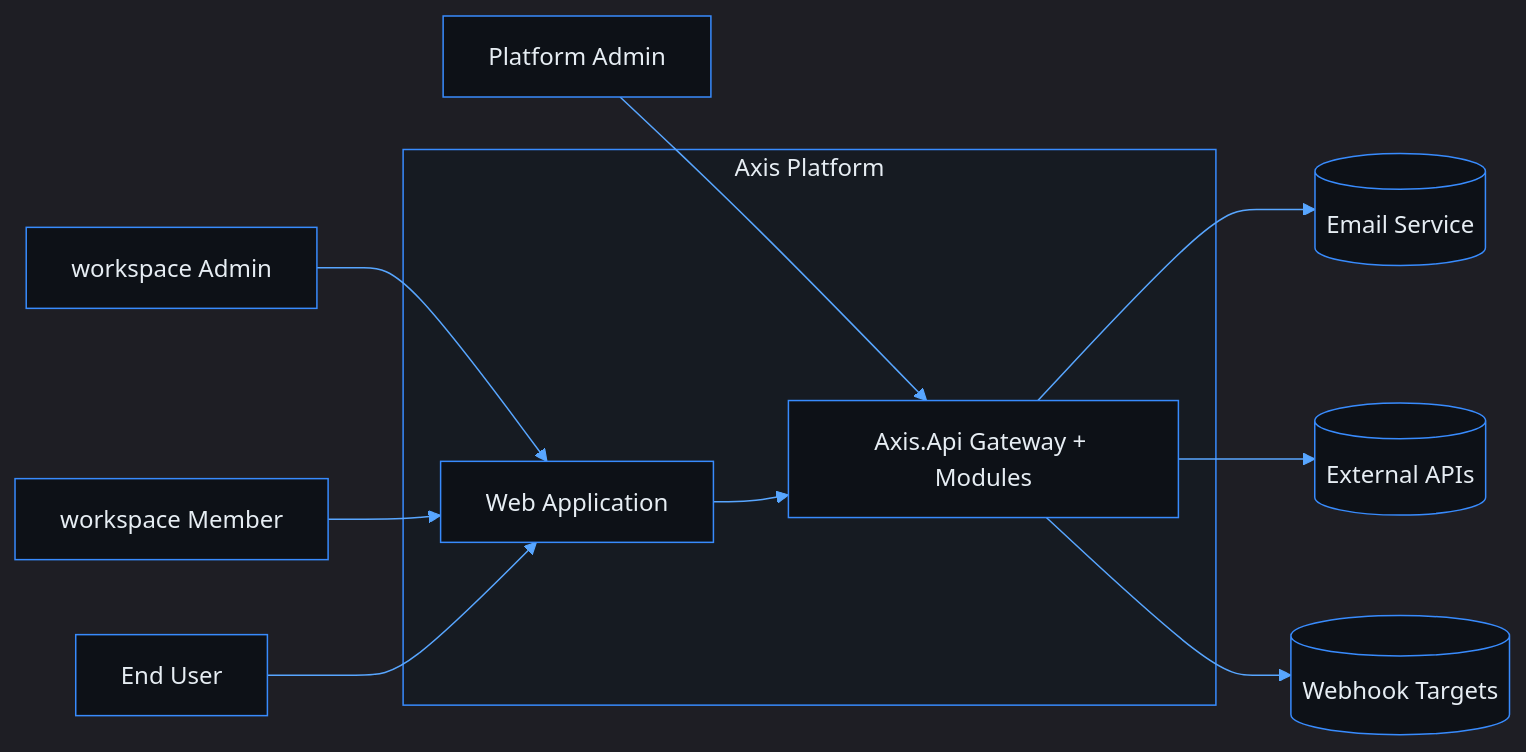
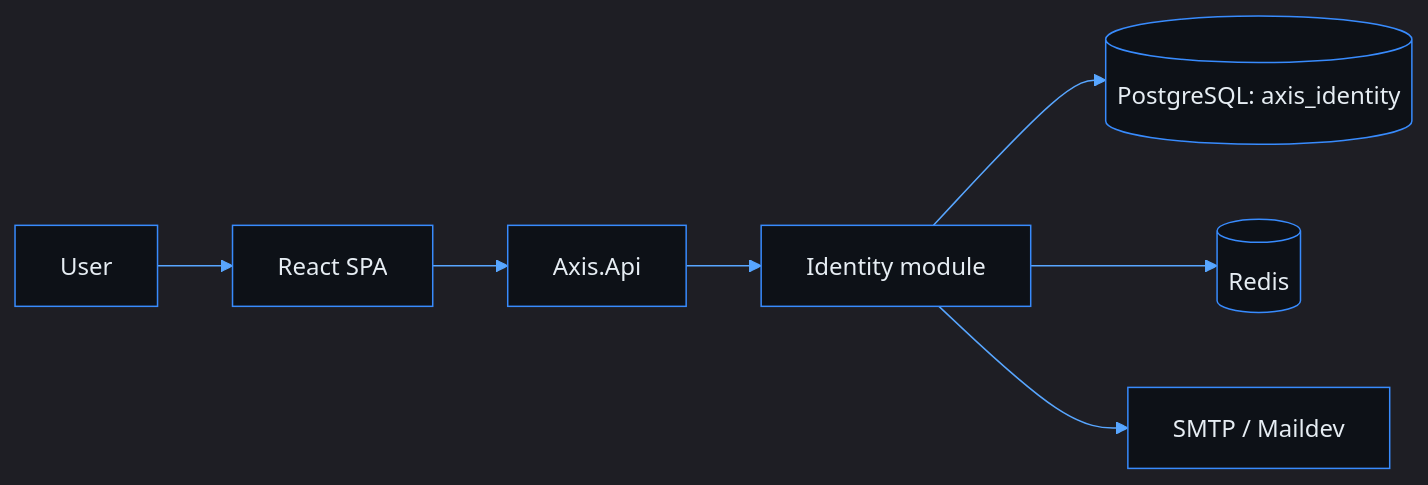
The diagram in docs/README.md (phuongnse/axis), drawn with Mermaid before and after one commit. The commit also changed other lines of this file and 1256 other files, not shown here.

````diff
--- a/docs/README.md
+++ b/docs/README.md
@@ -83,26 +41,18 @@
 ```mermaid
 %%{init: {'theme':'dark','themeVariables':{'background':'#0d1117','mainBkg':'#0d1117','primaryColor':'#161b22','primaryBorderColor':'#388bfd','primaryTextColor':'#e6edf3','secondaryColor':'#21262d','secondaryBorderColor':'#388bfd','secondaryTextColor':'#e6edf3','tertiaryColor':'#161b22','tertiaryTextColor':'#e6edf3','lineColor':'#58a6ff','textColor':'#e6edf3','nodeBorder':'#388bfd','clusterBkg':'#161b22','clusterBorder':'#388bfd','titleColor':'#e6edf3','edgeLabelBackground':'#161b22','actorBkg':'#161b22','actorBorder':'#388bfd','actorTextColor':'#e6edf3','signalColor':'#58a6ff','labelBoxBkgColor':'#161b22','labelBoxBorderColor':'#388bfd','noteBkgColor':'#161b22','noteBorderColor':'#388bfd','noteTextColor':'#c9d1d9','activationBkgColor':'#30363d'}}}%%
 flowchart LR
-  PA[Platform Admin]
-  OA[workspace Admin]
-  OM[workspace Member]
-  EU[End User]
+  User["User"]
+  SPA["React SPA"]
+  API["Axis.Api"]
+  Identity["Identity module"]
+  DB[("PostgreSQL: axis_identity")]
+  Redis[("Redis")]
+  Mail["SMTP / Maildev"]
 
-  subgraph Axis["Axis Platform"]
-    SPA[Web Application]
-    API[Axis.Api Gateway + Modules]
-  end
-
-  Email[(Email Service)]
-  ExtAPI[(External APIs)]
-  Webhook[(Webhook Targets)]
-
-  PA --> API
-  OA --> SPA
-  OM --> SPA
-  EU --> SPA
+  User --> SPA
   SPA --> API
-  API --> Email
-  API --> ExtAPI
-  API --> Webhook
+  API --> Identity
+  Identity --> DB
+  Identity --> Redis
+  Identity --> Mail
 ```
````
